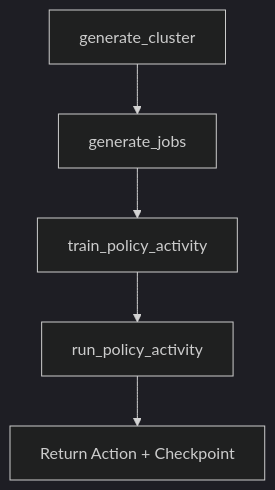
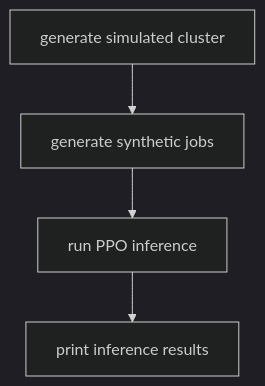
Before and after one commit to singbar/rl_demo: the second of 3 diagrams in README.md, drawn with Mermaid (dark theme). The commit also changed other lines of this file, not shown here.

````diff
--- a/README.md
+++ b/README.md
@@ -37,7 +39,6 @@
 ```mermaid
 graph TD
-    A[generate_cluster] --> B[generate_jobs]
-    B --> C[train_policy_activity]
-    C --> D[run_policy_activity]
-    D --> E[Return Action + Checkpoint]
+    A[generate simulated cluster] --> B[generate synthetic jobs]
+    B --> C[run PPO inference]
+    C --> D[print inference results]
 ```
````
